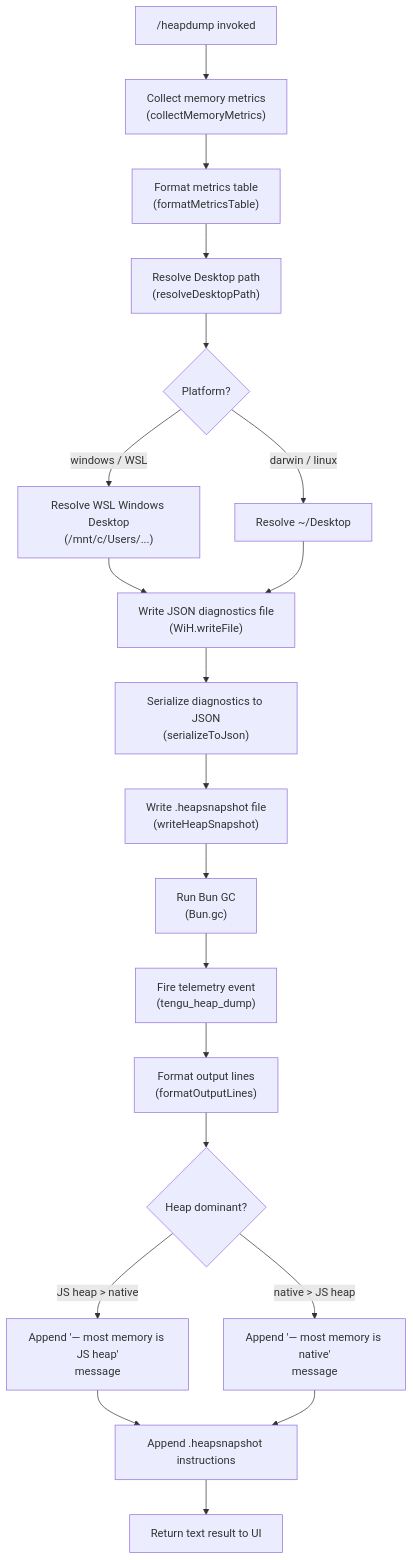
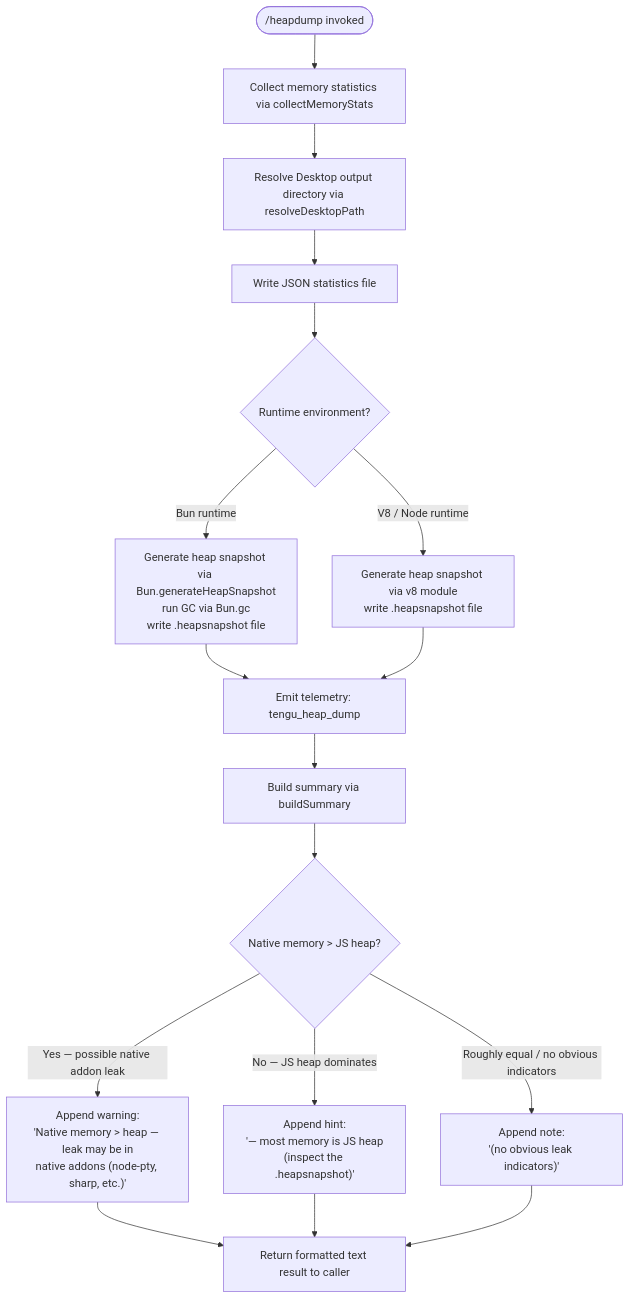
Before and after one commit to MyLittleLuckyDog/cc-gnothi: the diagram in versions/v2.1.133/heapdump.md, drawn with Mermaid. The commit also changed other lines of this file and 95 other files, not shown here.

````diff
--- a/versions/v2.1.133/heapdump.md
+++ b/versions/v2.1.133/heapdump.md
@@ -47,22 +56,19 @@
 ```mermaid
 flowchart TD
-    A["/heapdump invoked"] --> B["Collect memory metrics\n(collectMemoryMetrics)"]
-    B --> C["Format metrics table\n(formatMetricsTable)"]
-    C --> D["Resolve Desktop path\n(resolveDesktopPath)"]
-    D --> E{"Platform?"}
-    E -- "windows / WSL" --> F["Resolve WSL Windows Desktop\n(/mnt/c/Users/...)"]
-    E -- "darwin / linux" --> G["Resolve ~/Desktop"]
-    F --> H["Write JSON diagnostics file\n(WiH.writeFile)"]
+    A(["/heapdump invoked"]) --> B[Collect memory statistics via collectMemoryStats]
+    B --> C[Resolve Desktop output directory via resolveDesktopPath]
+    C --> D[Write JSON statistics file]
+    D --> E{Runtime environment?}
+    E -->|Bun runtime| F[Generate heap snapshot via Bun.generateHeapSnapshot\nrun GC via Bun.gc\nwrite .heapsnapshot file]
+    E -->|V8 / Node runtime| G[Generate heap snapshot via v8 module\nwrite .heapsnapshot file]
+    F --> H[Emit telemetry: tengu_heap_dump]
     G --> H
-    H --> I["Serialize diagnostics to JSON\n(serializeToJson)"]
-    I --> J["Write .heapsnapshot file\n(writeHeapSnapshot)"]
-    J --> K["Run Bun GC\n(Bun.gc)"]
-    K --> L["Fire telemetry event\n(tengu_heap_dump)"]
-    L --> M["Format output lines\n(formatOutputLines)"]
-    M --> N{"Heap dominant?"}
-    N -- "JS heap > native" --> O["Append '— most memory is JS heap'\nmessage"]
-    N -- "native > JS heap" --> P["Append '— most memory is native'\nmessage"]
-    O --> Q["Append .heapsnapshot instructions"]
-    P --> Q
-    Q --> R["Return text result to UI"]
+    H --> I[Build summary via buildSummary]
+    I --> J{Native memory > JS heap?}
+    J -->|Yes — possible native addon leak| K["Append warning:\n'Native memory > heap — leak may be in\nnative addons (node-pty, sharp, etc.)'"]
+    J -->|No — JS heap dominates| L["Append hint:\n'— most memory is JS heap\n(inspect the .heapsnapshot)'"]
+    J -->|Roughly equal / no obvious indicators| M["Append note:\n'(no obvious leak indicators)'"]
+    K --> N[Return formatted text result to caller]
+    L --> N
+    M --> N
 ```
````
